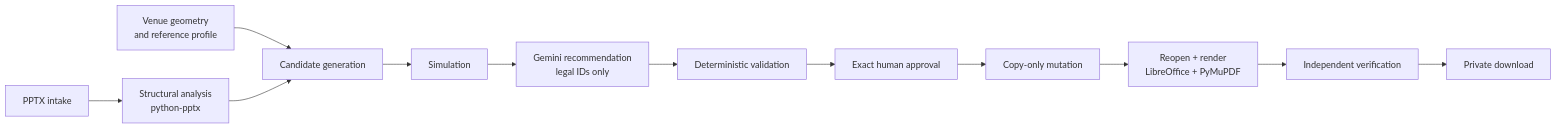
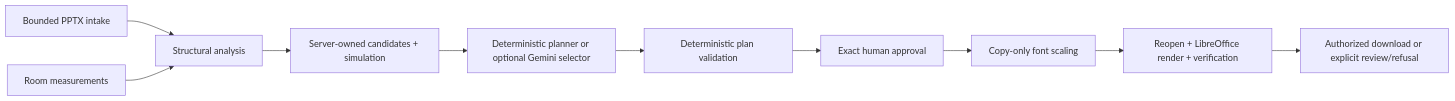
The diagram in README.md (saikiranpulagalla/deckfit-venue-preflight), drawn with Mermaid before and after one commit. The commit also changed other lines of this file, not shown here.

````diff
--- a/README.md
+++ b/README.md
@@ -58,14 +62,12 @@
 ```mermaid
 flowchart LR
-    A[PPTX intake] --> B[Structural analysis<br/>python-pptx]
-    G[Venue geometry<br/>and reference profile] --> C[Candidate generation]
-    B --> C
-    C --> D[Simulation]
-    D --> E[Gemini recommendation<br/>legal IDs only]
-    E --> F[Deterministic validation]
-    F --> H[Exact human approval]
-    H --> I[Copy-only mutation]
-    I --> J[Reopen + render<br/>LibreOffice + PyMuPDF]
-    J --> K[Independent verification]
-    K --> L[Private download]
+    I[Bounded PPTX intake] --> A[Structural analysis]
+    R[Room measurements] --> A
+    A --> C[Server-owned candidates + simulation]
+    C --> P[Deterministic planner or optional Gemini selector]
+    P --> V[Deterministic plan validation]
+    V --> H[Exact human approval]
+    H --> M[Copy-only font scaling]
+    M --> O[Reopen + LibreOffice render + verification]
+    O --> D[Authorized download or explicit review/refusal]
 ```
````
